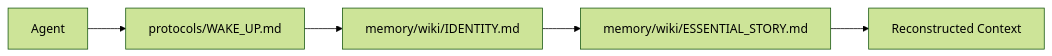
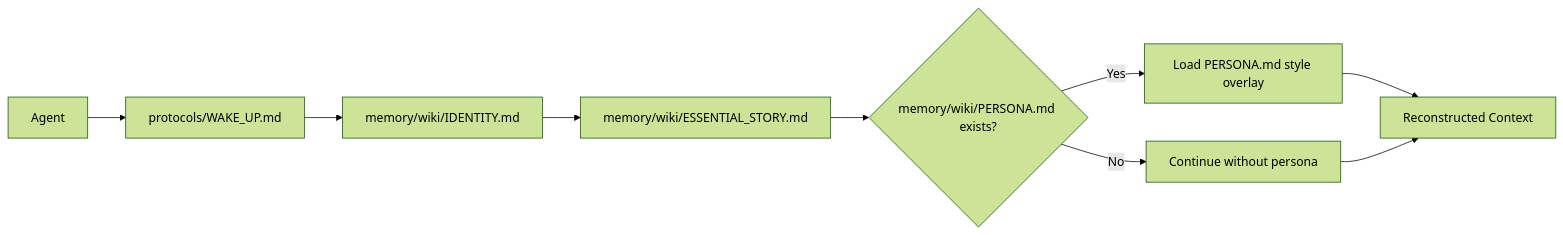
Before and after one commit to vincentf305/memoid: the first of 4 diagrams in README.md, drawn with Mermaid (forest theme). The commit also changed other lines of this file and 1 other file, not shown here.

Commit message:
Added Persona support

````diff
--- a/README.md
+++ b/README.md
@@ -204,7 +209,11 @@
 ```mermaid
 graph LR
     A[Agent] --> B[protocols/WAKE_UP.md]
     B --> C[memory/wiki/IDENTITY.md]
     C --> D[memory/wiki/ESSENTIAL_STORY.md]
-    D --> E[Reconstructed Context]
+    D --> E{memory/wiki/PERSONA.md exists?}
+    E -->|Yes| F[Load PERSONA.md style overlay]
+    E -->|No| G[Continue without persona]
+    F --> H[Reconstructed Context]
+    G --> H
 ```
````
